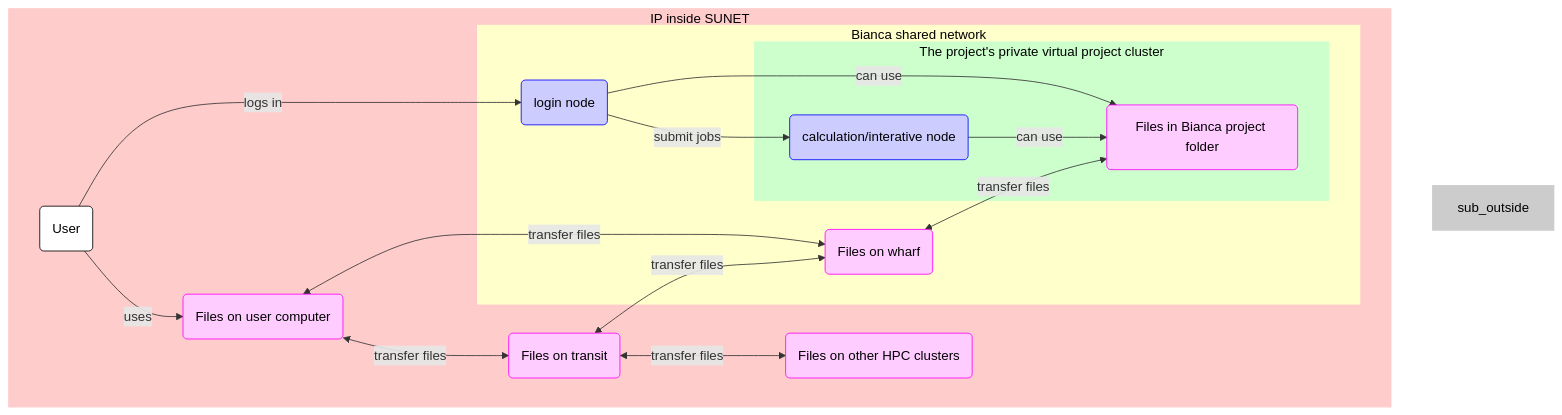
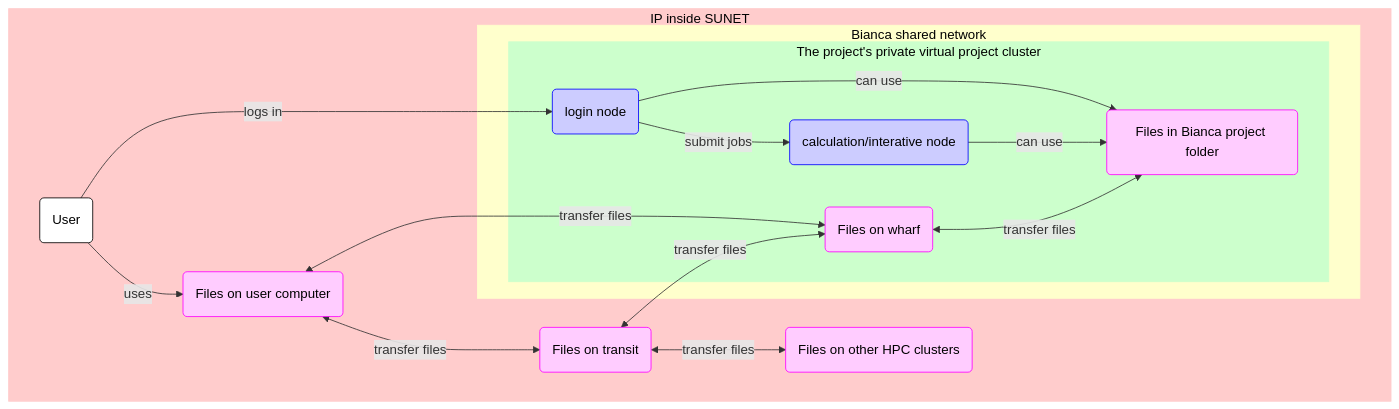
One commit to UPPMAX/UPPMAX-documentation changed the second of 2 diagrams in docs/cluster_guides/bianca_file_transfer_using_gui.md. Above: the diagram before and after it, drawn with Mermaid. The commit also changed other lines of this file, not shown here.

````diff
--- a/docs/cluster_guides/bianca_file_transfer_using_gui.md
+++ b/docs/cluster_guides/bianca_file_transfer_using_gui.md
@@ -231,46 +234,42 @@
 ```mermaid
 flowchart TD
 
     %% Give a white background to all nodes, instead of a transparent one
     classDef node fill:#fff,color:#000,stroke:#000
 
     %% Graph nodes for files and calculations
     classDef file_node fill:#fcf,color:#000,stroke:#f0f
     classDef calculation_node fill:#ccf,color:#000,stroke:#00f
 
     subgraph sub_inside[IP inside SUNET]
       subgraph sub_bianca_shared_env[Bianca shared network]
-        login_node(login node):::calculation_node
-        files_on_wharf(Files on wharf):::file_node
         subgraph sub_bianca_private_env[The project's private virtual project cluster]
+          login_node(login node):::calculation_node
+          files_on_wharf(Files on wharf):::file_node
           calculation_node(calculation/interative node):::calculation_node
           files_in_bianca_project(Files in Bianca project folder):::file_node
         end
       end
       user(User)
       user_local_files(Files on user computer):::file_node
       files_on_transit(Files on transit):::file_node
       files_on_other_clusters(Files on other HPC clusters):::file_node
     end
 
     %% Shared subgraph color scheme
-    style sub_outside fill:#ccc,color:#000,stroke:#ccc
+    %% style sub_outside fill:#ccc,color:#000,stroke:#ccc
     style sub_inside fill:#fcc,color:#000,stroke:#fcc
     style sub_bianca_shared_env fill:#ffc,color:#000,stroke:#ffc
     style sub_bianca_private_env fill:#cfc,color:#000,stroke:#cfc
-
-    %%style bianca_inside fill:#cfc,color:#000,stroke:#cfc
-    %%style bianca_outside fill:#ffc,color:#000,stroke:#ffc
-    %%style sunet fill:#fcc,color:#000,stroke:#fcc
 
     user --> |logs in |login_node
     user --> |uses| user_local_files
     user_local_files <--> |transfer files|files_on_wharf
     user_local_files <--> |transfer files|files_on_transit
     files_on_transit <--> |transfer files|files_on_wharf
     files_on_transit <--> |transfer files|files_on_other_clusters
     login_node --> |submit jobs|calculation_node
     login_node --> |can use|files_in_bianca_project
     calculation_node --> |can use|files_in_bianca_project
     files_on_wharf <--> |transfer files| files_in_bianca_project
 ```
````
